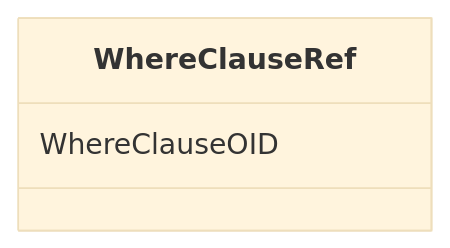
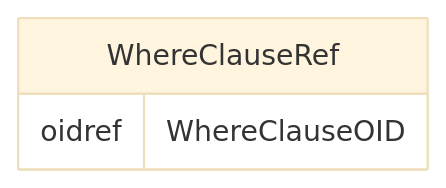
The diagram in docs/WhereClauseRef.md (cdisc-org/DataExchange-ODM-LinkML), drawn with Mermaid (base theme) before and after one commit. The commit also changed other lines of this file and 181 other files, not shown here.

Commit message:
ER diagrams working via templates and removing names with underscores

````diff
--- a/docs/WhereClauseRef.md
+++ b/docs/WhereClauseRef.md
@@ -14,7 +11,9 @@
 ```mermaid
- classDiagram
-    class WhereClauseRef
-      WhereClauseRef : WhereClauseOID
-        
-      
+erDiagram
+WhereClauseRef {
+    oidref WhereClauseOID  
+}
+
+
+
 ```
````
